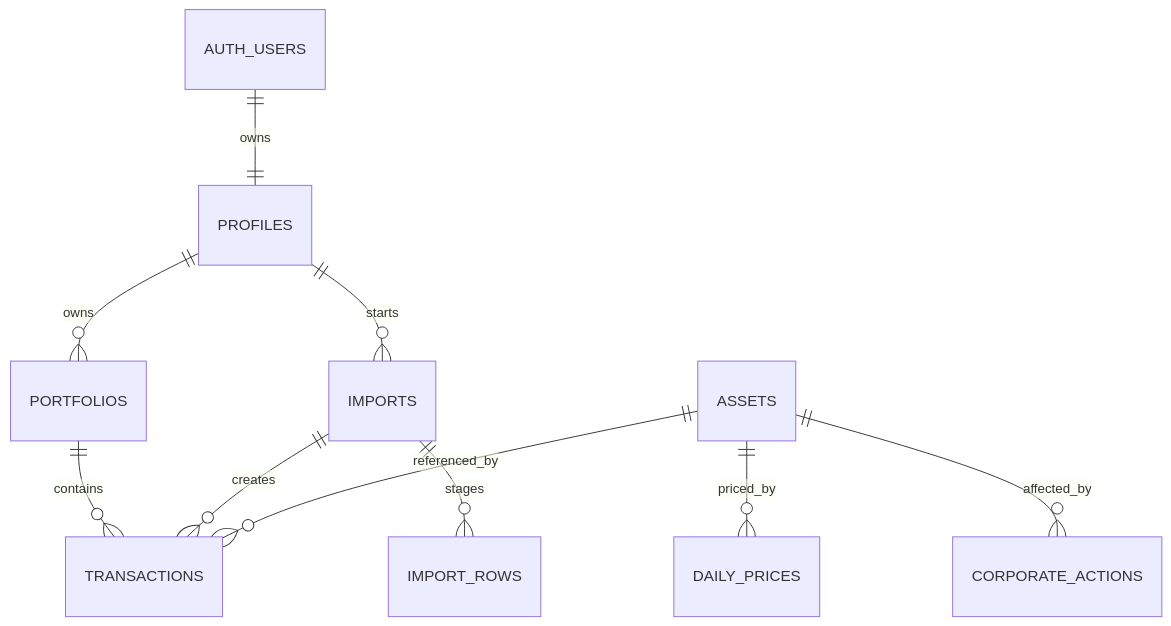
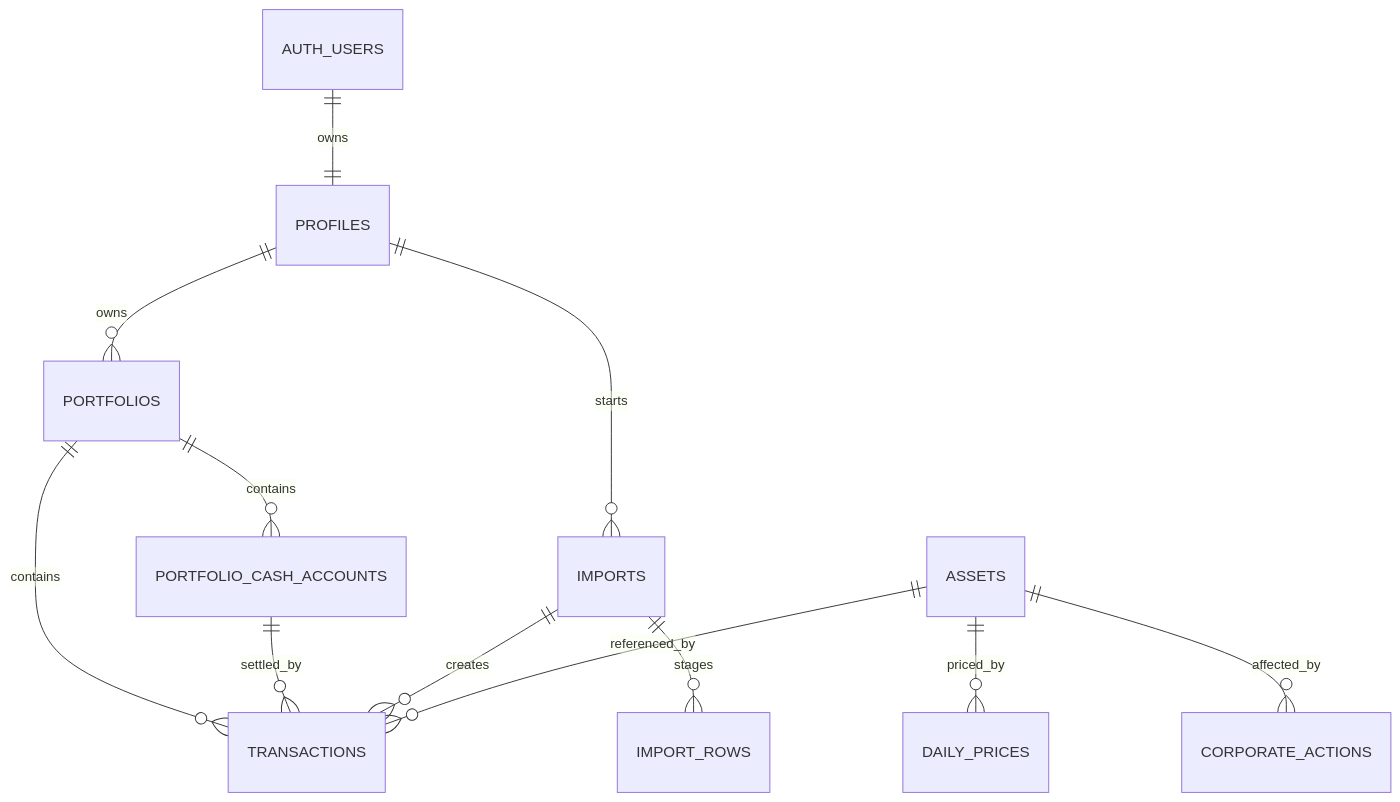
Before and after one commit to PavelVabrousek/PF-Planner: the diagram in docs/database.md, drawn with Mermaid. The commit also changed other lines of this file and 1 other file, not shown here.

Commit message:
Add portfolio cash account schema

````diff
--- a/docs/database.md
+++ b/docs/database.md
@@ -87,12 +89,14 @@
 ```mermaid
 erDiagram
     AUTH_USERS ||--|| PROFILES : owns
     PROFILES ||--o{ PORTFOLIOS : owns
     PROFILES ||--o{ IMPORTS : starts
+    PORTFOLIOS ||--o{ PORTFOLIO_CASH_ACCOUNTS : contains
     PORTFOLIOS ||--o{ TRANSACTIONS : contains
+    PORTFOLIO_CASH_ACCOUNTS ||--o{ TRANSACTIONS : settled_by
     IMPORTS ||--o{ IMPORT_ROWS : stages
     IMPORTS ||--o{ TRANSACTIONS : creates
     ASSETS ||--o{ TRANSACTIONS : referenced_by
     ASSETS ||--o{ DAILY_PRICES : priced_by
     ASSETS ||--o{ CORPORATE_ACTIONS : affected_by
 ```
````
